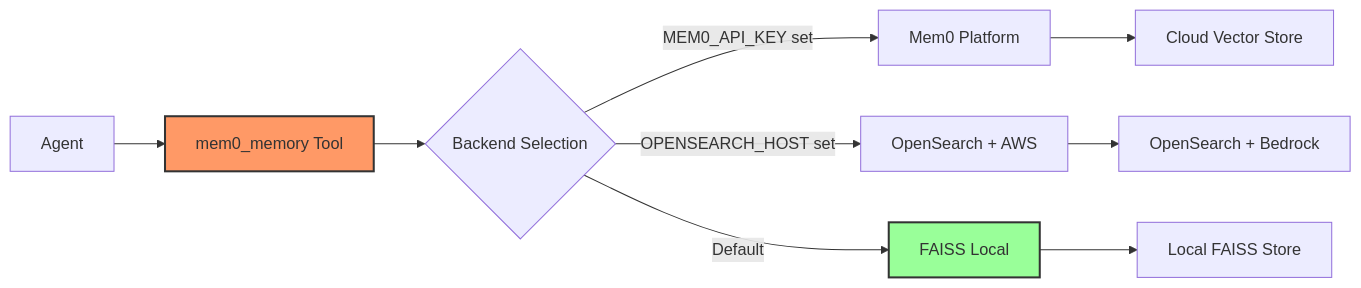
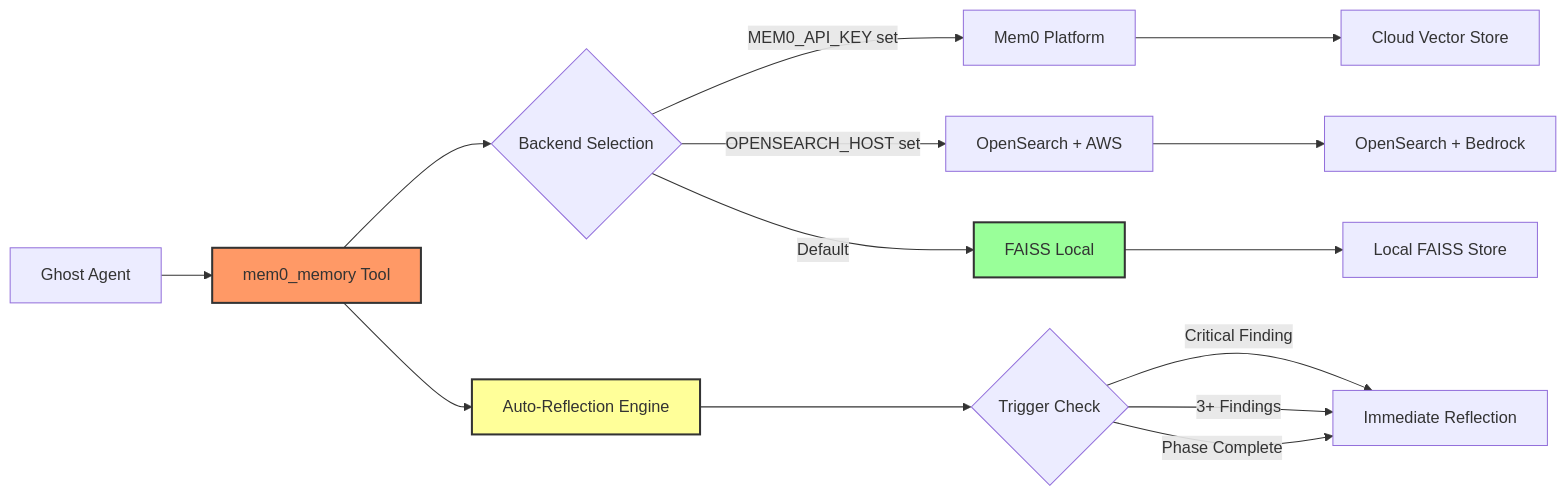
Before and after one commit to westonbrown/Cyber-AutoAgent: the first of 2 diagrams in docs/memory.md, drawn with Mermaid. The commit also changed other lines of this file and 253 other files, not shown here.

````diff
--- a/docs/memory.md
+++ b/docs/memory.md
@@ -7,16 +7,23 @@
 ```mermaid
 graph LR
-    A[Agent] --> B[mem0_memory Tool]
+    A[Ghost Agent] --> B[mem0_memory Tool]
     B --> C{Backend Selection}
     
     C -->|MEM0_API_KEY set| D[Mem0 Platform]
     C -->|OPENSEARCH_HOST set| E[OpenSearch + AWS]
     C -->|Default| F[FAISS Local]
     
     D --> G[Cloud Vector Store]
     E --> H[OpenSearch + Bedrock]
     F --> I[Local FAISS Store]
     
+    B --> J[Auto-Reflection Engine]
+    J --> K{Trigger Check}
+    K -->|Critical Finding| L[Immediate Reflection]
+    K -->|3+ Findings| L
+    K -->|Phase Complete| L
+    
     style B fill:#f96,stroke:#333,stroke-width:2px
     style F fill:#9f9,stroke:#333,stroke-width:2px
+    style J fill:#ff9,stroke:#333,stroke-width:2px
 ```
````
